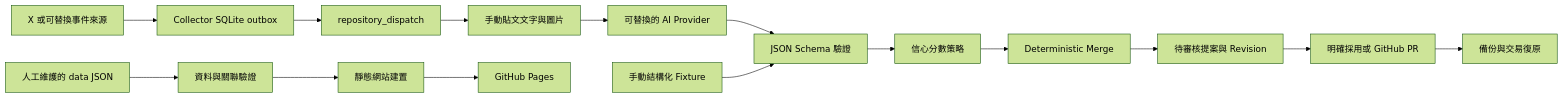
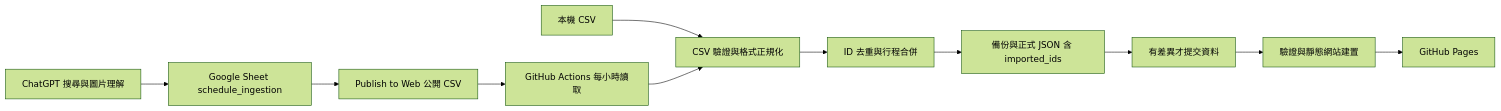
One commit to Tony0921/Meridian-Schedule changed the diagram in README.md. Above: the diagram before and after it, drawn with Mermaid (forest theme). The commit also changed other lines of this file and 53 other files, not shown here.

Commit message:
Implement spec v2.1 public CSV ingestion

````diff
--- a/README.md
+++ b/README.md
@@ -11,17 +13,13 @@
 ```mermaid
 flowchart LR
-    Manual[手動貼文文字與圖片] --> AI[可替換的 AI Provider]
-    AI --> Schema[JSON Schema 驗證]
-    Fixture[手動結構化 Fixture] --> Schema
-    Schema --> Policy[信心分數策略]
-    Policy --> Merge[Deterministic Merge]
-    Merge --> Proposal[待審核提案與 Revision]
-    Proposal --> Apply[明確採用或 GitHub PR]
-    Apply --> Backup[備份與交易復原]
-    X[X 或可替換事件來源] --> Collector[Collector SQLite outbox]
-    Collector --> Dispatch[repository_dispatch]
-    Dispatch --> Manual
-    Data[人工維護的 data JSON] --> Validate[資料與關聯驗證]
-    Validate --> Build[靜態網站建置]
+    ChatGPT[ChatGPT 搜尋與圖片理解] --> Sheets[Google Sheet schedule_ingestion]
+    Sheets --> CSV[Publish to Web 公開 CSV]
+    CSV --> Actions[GitHub Actions 每小時讀取]
+    Local[本機 CSV] --> Importer[CSV 驗證與格式正規化]
+    Actions --> Importer
+    Importer --> Merge[ID 去重與行程合併]
+    Merge --> Data[備份與正式 JSON 含 imported_ids]
+    Data --> Commit[有差異才提交資料]
+    Commit --> Build[驗證與靜態網站建置]
     Build --> Pages[GitHub Pages]
 ```
````
